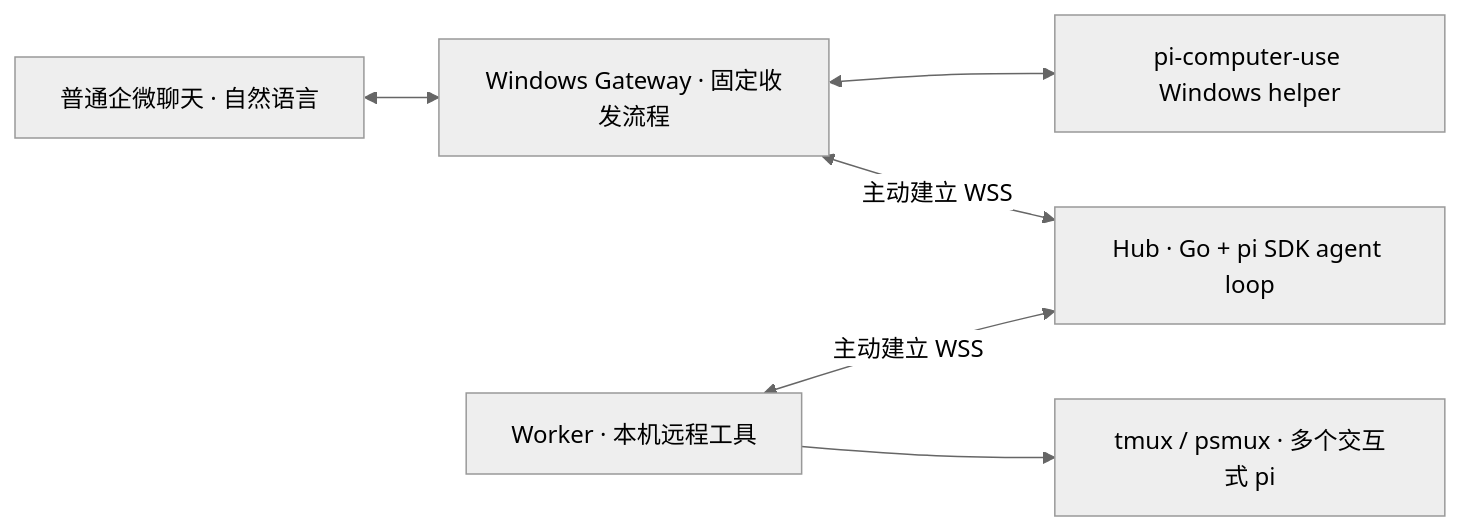
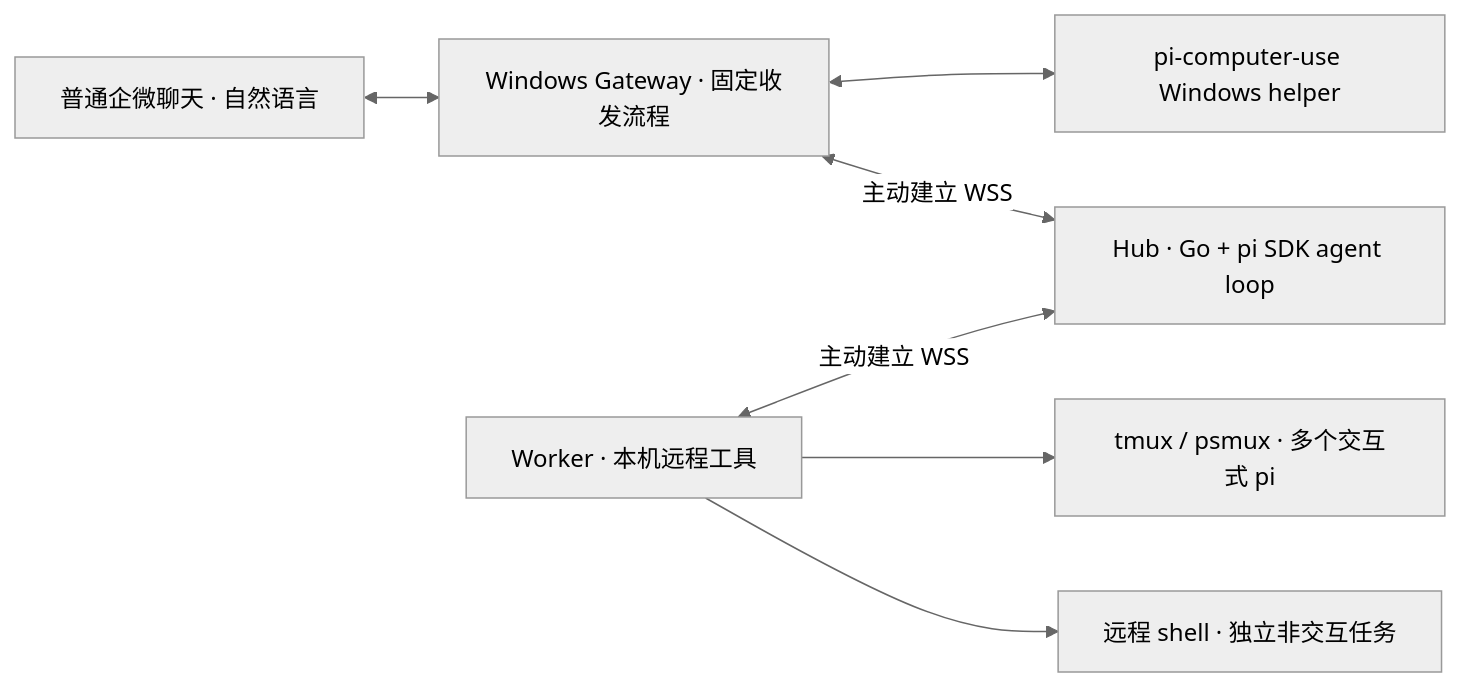
One commit to thune-xiaobai/relaydock changed the diagram in README.md. Above: the diagram before and after it, drawn with Mermaid (neutral theme). The commit also changed other lines of this file and 28 other files, not shown here.

Commit message:
Add remote shell jobs to Hub and Worker

````diff
--- a/README.md
+++ b/README.md
@@ -7,8 +7,9 @@
 ```mermaid
 flowchart LR
     Chat[普通企微聊天 · 自然语言] <--> Gateway[Windows Gateway · 固定收发流程]
     Gateway <--> Native[pi-computer-use Windows helper]
     Gateway <-->|主动建立 WSS| Hub[Hub · Go + pi SDK agent loop]
     Worker[Worker · 本机远程工具] <-->|主动建立 WSS| Hub
     Worker --> Sessions[tmux / psmux · 多个交互式 pi]
+    Worker --> Shell[远程 shell · 独立非交互任务]
 ```
````
